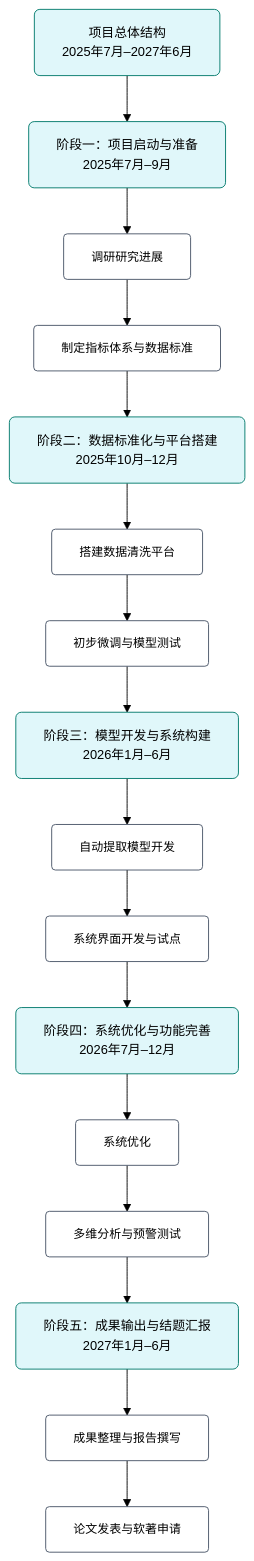
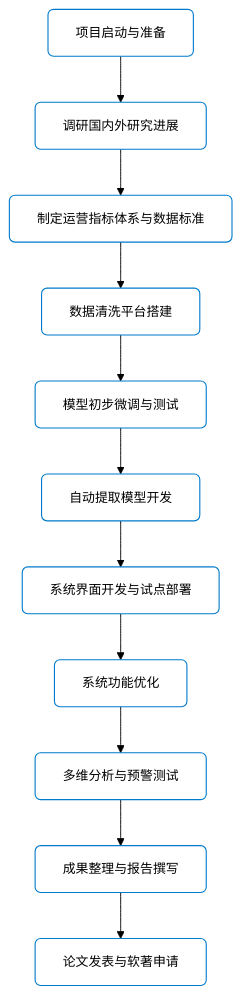
The diagram in all/未命名-2.md (qianlei0007/iodraw-files), drawn with Mermaid (forest theme) before and after one commit.

Commit message:
2025-04-24 11:40:52 update

````diff
--- a/all/未命名-2.md
+++ b/all/未命名-2.md
@@ -1,37 +1,24 @@
 ```mermaid
 flowchart TD
-    %% === 总体项目节点 ===
-    A[项目总体结构<br>2025年7月–2027年6月]
+    %% === 顶层任务 ===
+    A[项目启动与准备]
+    A --> B1[调研国内外研究进展]
+    B1 --> B2[制定运营指标体系与数据标准]
 
-    %% === 阶段一 ===
-    A --> B1[阶段一：项目启动与准备<br>2025年7月–9月]
-    B1 --> C1[调研研究进展]
-    C1 --> C2[制定指标体系与数据标准]
+    B2 --> C1[数据清洗平台搭建]
+    C1 --> C2[模型初步微调与测试]
 
-    %% === 阶段二 ===
-    C2 --> B2[阶段二：数据标准化与平台搭建<br>2025年10月–12月]
-    B2 --> C3[搭建数据清洗平台]
-    C3 --> C4[初步微调与模型测试]
+    C2 --> D1[自动提取模型开发]
+    D1 --> D2[系统界面开发与试点部署]
 
-    %% === 阶段三 ===
-    C4 --> B3[阶段三：模型开发与系统构建<br>2026年1月–6月]
-    B3 --> C5[自动提取模型开发]
-    C5 --> C6[系统界面开发与试点]
+    D2 --> E1[系统功能优化]
+    E1 --> E2[多维分析与预警测试]
 
-    %% === 阶段四 ===
-    C6 --> B4[阶段四：系统优化与功能完善<br>2026年7月–12月]
-    B4 --> C7[系统优化]
-    C7 --> C8[多维分析与预警测试]
+    E2 --> F1[成果整理与报告撰写]
+    F1 --> F2[论文发表与软著申请]
 
-    %% === 阶段五 ===
-    C8 --> B5[阶段五：成果输出与结题汇报<br>2027年1月–6月]
-    B5 --> C9[成果整理与报告撰写]
-    C9 --> C10[论文发表与软著申请]
-
-    %% === 样式定义 ===
-    classDef stage fill:#e0f7fa,stroke:#00796b,stroke-width:1px,rx:6px,ry:6px,font-size:14px
-    classDef task fill:#ffffff,stroke:#4a5568,stroke-width:1px,rx:4px,ry:4px,font-size:13px
-    class A,B1,B2,B3,B4,B5 stage
-    class C1,C2,C3,C4,C5,C6,C7,C8,C9,C10 task
+    %% === 样式设置 ===
+    classDef nodeStyle fill:#ffffff,stroke:#007acc,stroke-width:1.2px,rx:6px,ry:6px,font-size:14px
+    class A,B1,B2,C1,C2,D1,D2,E1,E2,F1,F2 nodeStyle
 
 ```
````
